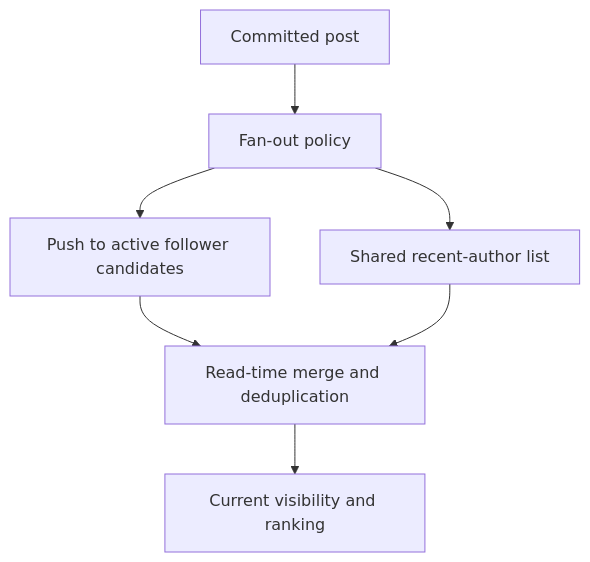
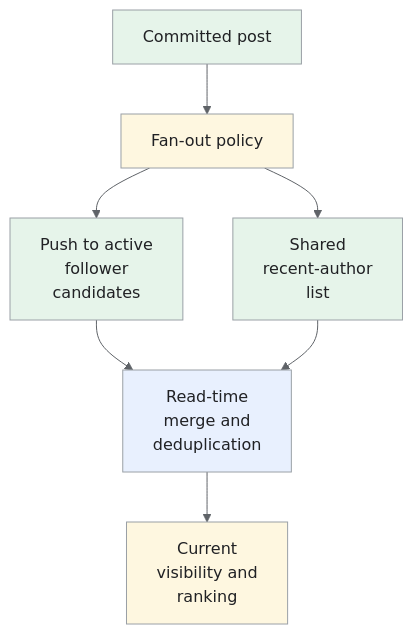
One commit to iliazlobin/iliazlobin.github.io changed the fourth of 6 diagrams in _designs/system-design-twitter-x.md. Above: the diagram before and after it, drawn with Mermaid. The commit also changed other lines of this file and 131 other files, not shown here.

````diff
--- a/_designs/system-design-twitter-x.md
+++ b/_designs/system-design-twitter-x.md
@@ -203,9 +296,17 @@
 ```mermaid
+%%{init: {"theme":"base","themeVariables":{"primaryColor":"#e8f0fe","primaryBorderColor":"#9aa0a6","primaryTextColor":"#202124","secondaryColor":"#e6f4ea","tertiaryColor":"#fef7e0","lineColor":"#5f6368","actorBkg":"#e8f0fe","actorBorder":"#9aa0a6","actorTextColor":"#202124","noteBkgColor":"#fef7e0","noteBorderColor":"#9aa0a6","noteTextColor":"#202124","signalColor":"#5f6368","signalTextColor":"#202124"}}}%%
 flowchart TB
     P["Committed post"] --> F["Fan-out policy"]
-    F --> A["Push to active follower candidates"]
-    F --> B["Shared recent-author list"]
-    A --> M["Read-time merge and deduplication"]
+    F --> A["Push to active<br>follower<br>candidates"]
+    F --> B["Shared<br>recent-author<br>list"]
+    A --> M["Read-time<br>merge and<br>deduplication"]
     B --> M
-    M --> V["Current visibility and ranking"]
+    M --> V["Current<br>visibility and<br>ranking"]
+classDef request fill:#e8f0fe,stroke:#9aa0a6,color:#202124;
+classDef data fill:#e6f4ea,stroke:#9aa0a6,color:#202124;
+classDef control fill:#fef7e0,stroke:#9aa0a6,color:#202124;
+class M request;
+class P,A,B data;
+class F,V control;
+
 ```
````
